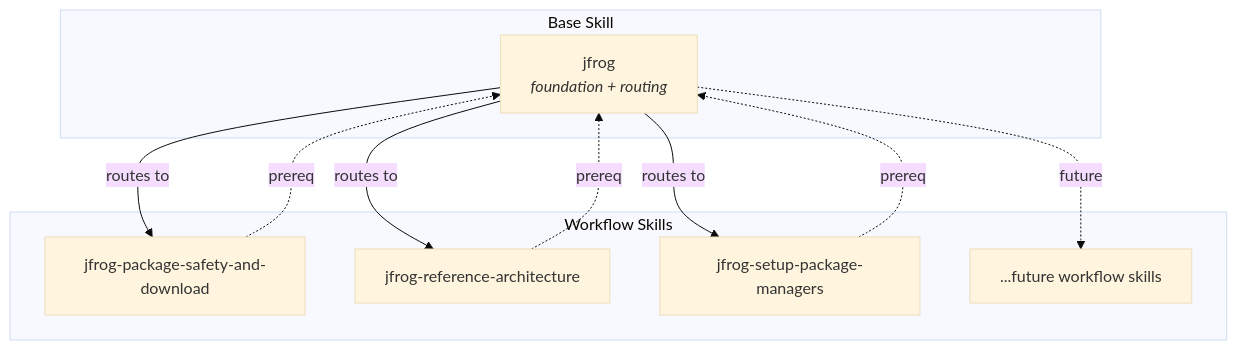
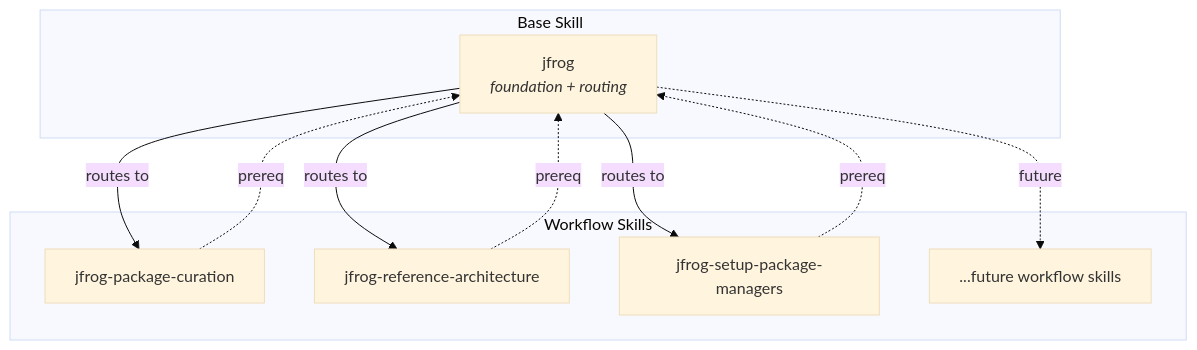
One commit to jfrog/jfrog-skills changed the first of 2 diagrams in ARCHITECTURE.md. Above: the diagram before and after it, drawn with Mermaid (base theme). The commit also changed other lines of this file and 6 other files, not shown here.

````diff
--- a/ARCHITECTURE.md
+++ b/ARCHITECTURE.md
@@ -9,21 +9,21 @@
 ```mermaid
 flowchart TD
     subgraph base ["Base Skill"]
         JF["jfrog<br/><i>foundation + routing</i>"]
     end
 
     subgraph workflows ["Workflow Skills"]
-        PS["jfrog-package-safety-and-download"]
+        PC["jfrog-package-curation"]
         RA["jfrog-reference-architecture"]
         SPM["jfrog-setup-package-managers"]
         Future["...future workflow skills"]
     end
 
-    JF -->|"routes to"| PS
+    JF -->|"routes to"| PC
     JF -->|"routes to"| RA
     JF -->|"routes to"| SPM
     JF -.->|"future"| Future
-    PS -.->|"prereq"| JF
+    PC -.->|"prereq"| JF
     RA -.->|"prereq"| JF
     SPM -.->|"prereq"| JF
 ```
````
